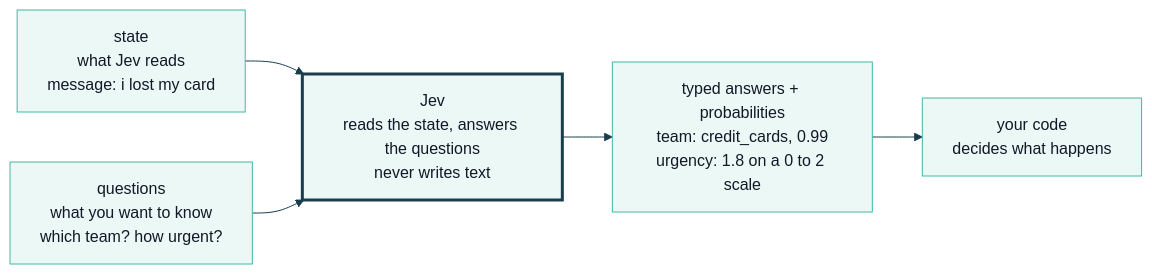
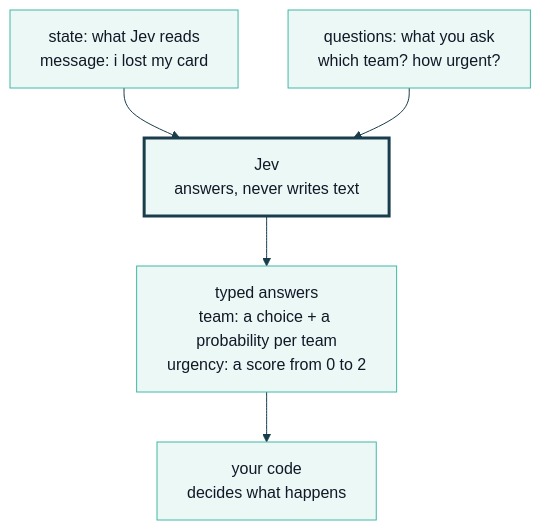
One commit to axel-sirota/getting_started_jev changed the diagram in course/diagrams/module_01/what-is-jev.mmd. Above: the diagram before and after it, drawn with Mermaid. The commit also changed 13 other files, not shown here.

Commit message:
Module 1: notebooks and diagrams

```diff
--- a/course/diagrams/module_01/what-is-jev.mmd
+++ b/course/diagrams/module_01/what-is-jev.mmd
@@ -1,11 +1,11 @@
 %%{init: {"theme": "base", "themeVariables": {"fontFamily": "Inter, sans-serif", "primaryColor": "#ECF8F6", "primaryBorderColor": "#40B8A6", "primaryTextColor": "#111827", "lineColor": "#1A3D4D", "secondaryColor": "#F9FAFB", "tertiaryColor": "#FFFFFF", "clusterBkg": "#F9FAFB", "clusterBorder": "#D1D5DB", "actorBkg": "#ECF8F6", "actorBorder": "#40B8A6", "noteBkgColor": "#FFF6DA", "noteBorderColor": "#E0B84C"}}}%%
-flowchart LR
-  ST["state<br/>what Jev reads<br/>message: i lost my card"]
-  Q["questions<br/>what you want to know<br/>which team? how urgent?"]
-  J["Jev<br/>reads the state, answers the questions<br/>never writes text"]
-  A["typed answers + probabilities<br/>team: credit_cards, 0.99<br/>urgency: 1.8 on a 0 to 2 scale"]
+flowchart TD
+  ST["state: what Jev reads<br/>message: i lost my card"]
+  Q["questions: what you ask<br/>which team? how urgent?"]
+  J["Jev<br/>answers, never writes text"]
+  A["typed answers<br/>team: a choice + a probability per team<br/>urgency: a score from 0 to 2"]
   C["your code<br/>decides what happens"]
   ST --> J
   Q --> J
   J --> A --> C
   style J stroke:#1A3D4D,stroke-width:3px
```
